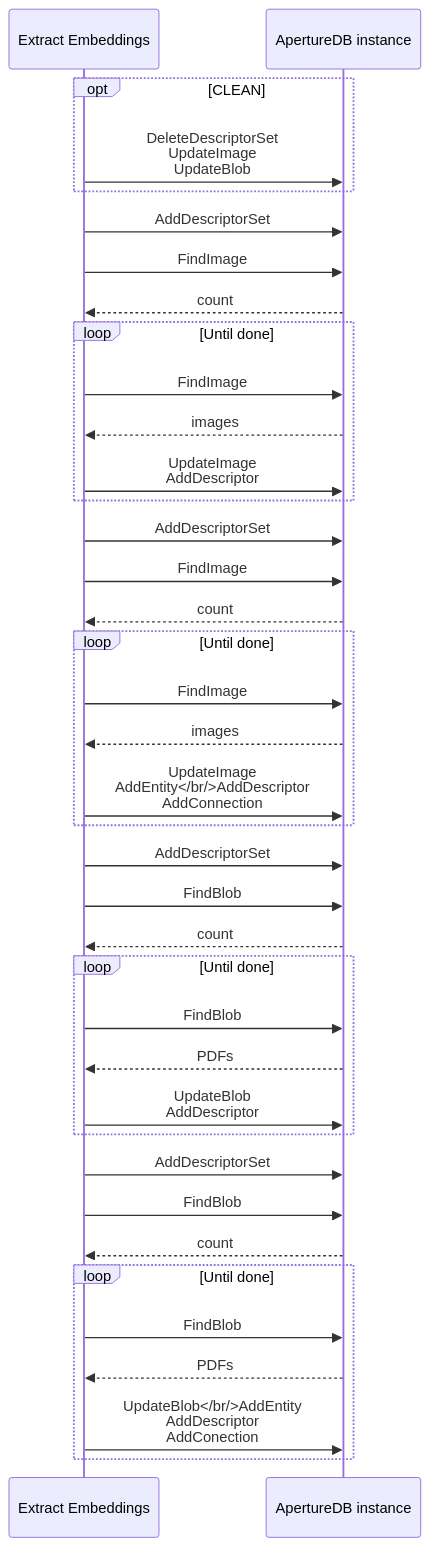
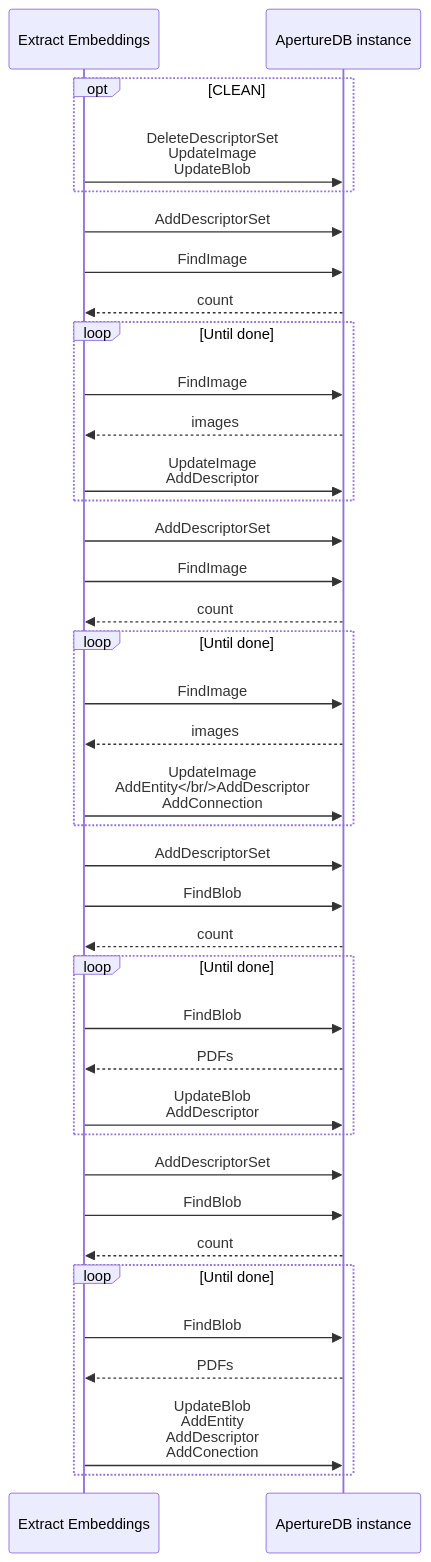
Before and after one commit to aperture-data/workflows: the diagram in apps/embeddings-extraction/README.md, drawn with Mermaid.

````diff
--- a/apps/embeddings-extraction/README.md
+++ b/apps/embeddings-extraction/README.md
@@ -12,44 +12,44 @@
 ```mermaid
 sequenceDiagram
     participant W as Extract Embeddings
     participant A as ApertureDB instance
     opt CLEAN
         W->>A: DeleteDescriptorSet<br/>UpdateImage<br/>UpdateBlob
     end
 
     W->>A: AddDescriptorSet
     W->>A: FindImage
     A-->>W: count
     loop Until done
         W->>A: FindImage
         A-->>W: images
         W->>A: UpdateImage<br/>AddDescriptor
     end
 
     W->>A: AddDescriptorSet
     W->>A: FindImage
     A-->>W: count
     loop Until done
         W->>A: FindImage
         A-->>W: images
         W->>A: UpdateImage<br/>AddEntity</br/>AddDescriptor<br/>AddConnection
     end
 
     W->>A: AddDescriptorSet
     W->>A: FindBlob
     A-->>W: count
     loop Until done
         W->>A: FindBlob
         A-->>W: PDFs
         W->>A: UpdateBlob<br/>AddDescriptor
     end
 
     W->>A: AddDescriptorSet
     W->>A: FindBlob
     A-->>W: count
     loop Until done
         W->>A: FindBlob
         A-->>W: PDFs
-        W->>A: UpdateBlob</br/>AddEntity<br/>AddDescriptor<br/>AddConection
+        W->>A: UpdateBlob<br/>AddEntity<br/>AddDescriptor<br/>AddConection
     end
 ```
````
